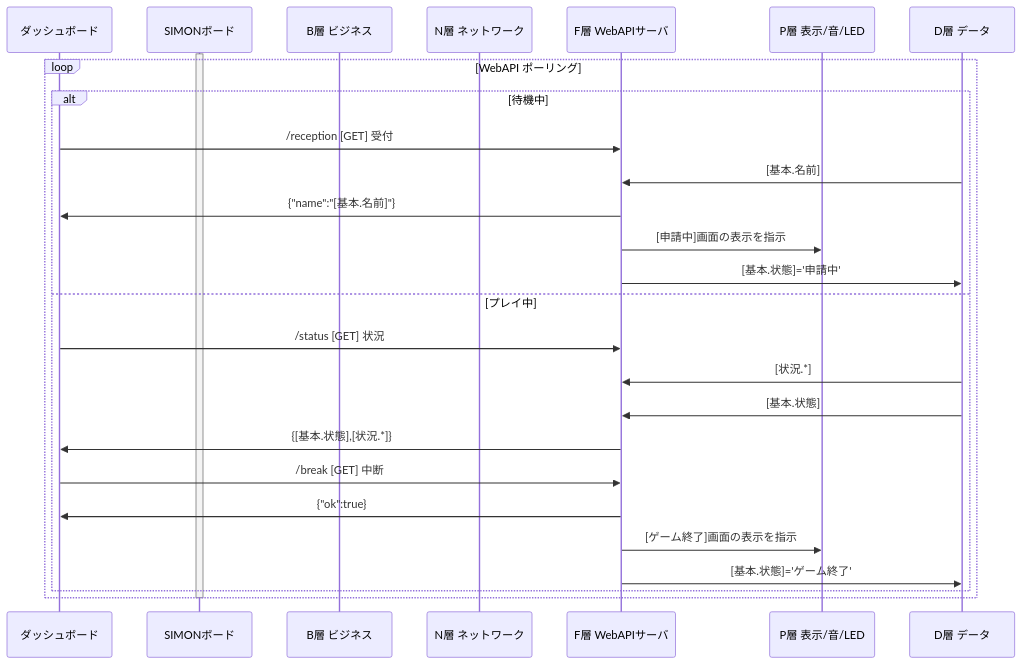
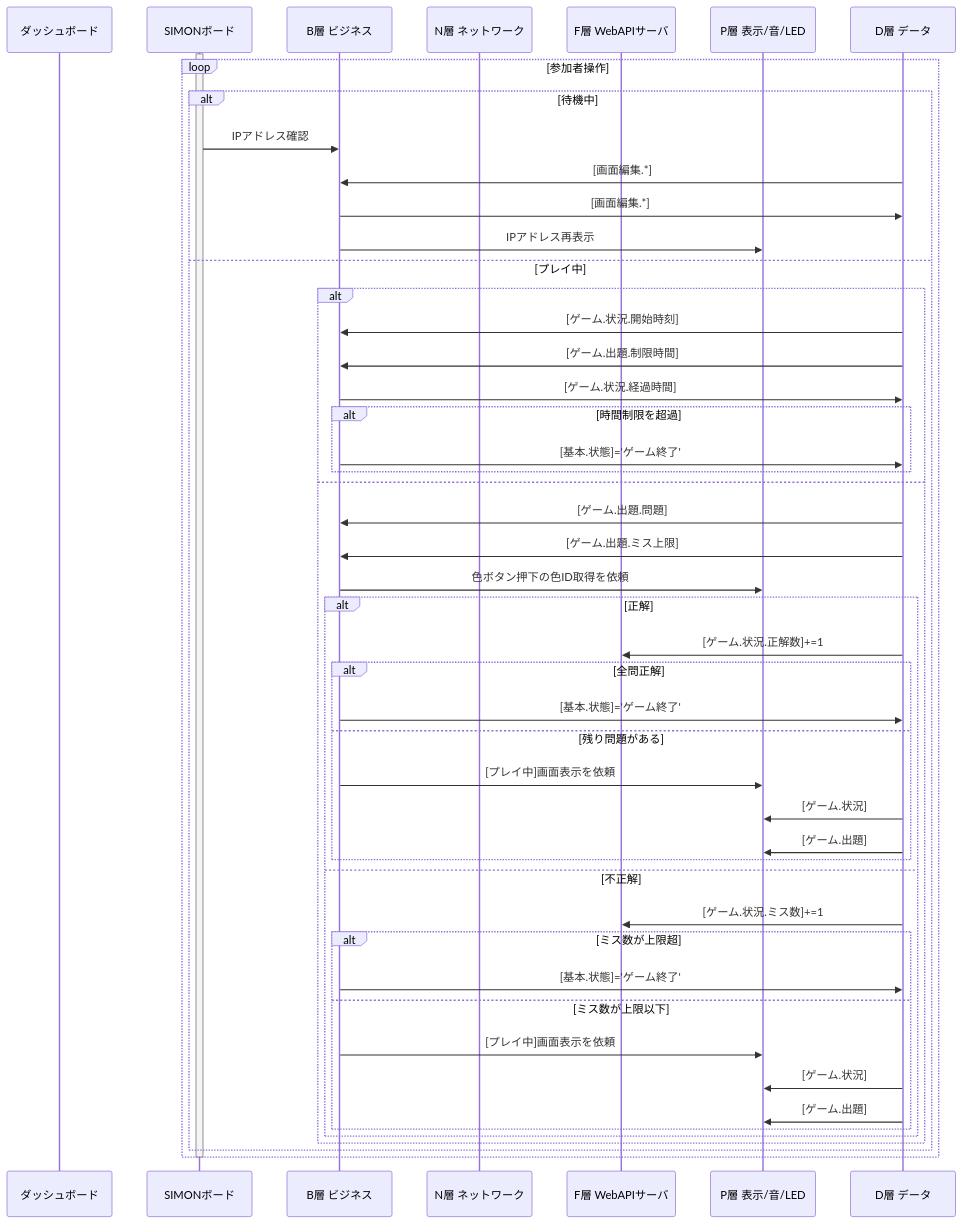
One commit to kureha001/MMP changed the second of 3 diagrams in ゲーム/99_SIMON/README.MD. Above: the diagram before and after it, drawn with Mermaid. The commit also changed other lines of this file, not shown here.

Commit message:
シーケンス図：B層を追加

````diff
--- a/ゲーム/99_SIMON/README.MD
+++ b/ゲーム/99_SIMON/README.MD
@@ -339,35 +340,57 @@
 ```mermaid
 sequenceDiagram
   participant U as ダッシュボード
   participant S as SIMONボード
   participant B as B層 ビジネス
   participant N as N層 ネットワーク
   participant F as F層 WebAPIサーバ
   participant P as P層 表示/音/LED
   participant D as D層 データ
 
   activate S
 
-    loop WebAPI ポーリング
+    loop 参加者操作
         alt 待機中
-            U->>F: /reception [GET] 受付
-                D->>F: [基本.名前]
-            F->>U: {"name":"[基本.名前]"}
-            F->>P: [申請中]画面の表示を指示
-            F->>D: [基本.状態]='申請中'
+            S->>B: IPアドレス確認 
+                D->>B: [画面編集.*]
+                B->>D: [画面編集.*]
+                B->>P: IPアドレス再表示 
 
         else プレイ中
-            U->>F: /status [GET] 状況
-                D->>F: [状況.*]
-                D->>F: [基本.状態]
-            F->>U: {[基本.状態],[状況.*]}
+            alt
+                D->>B: [ゲーム.状況.開始時刻] 
+                D->>B: [ゲーム.出題.制限時間] 
+                B->>D: [ゲーム.状況.経過時間] 
+                alt 時間制限を超過
+                    B->>D: [基本.状態]='ゲーム終了'
+                end
 
-            U->>F: /break [GET] 中断
-            F->>U: {"ok":true}
-            F->>P: [ゲーム終了]画面の表示を指示
-            F->>D: [基本.状態]='ゲーム終了'
+            else
+                D->>B: [ゲーム.出題.問題] 
+                D->>B: [ゲーム.出題.ミス上限] 
+                B->>P: 色ボタン押下の色ID取得を依頼
+                alt 正解
+                    D->>F: [ゲーム.状況.正解数]+=1
+                    alt 全問正解
+                        B->>D: [基本.状態]='ゲーム終了'
+                    else 残り問題がある
+                        B->>P: [プレイ中]画面表示を依頼
+                            D->>P: [ゲーム.状況] 
+                            D->>P: [ゲーム.出題] 
+                    end
+                else 不正解
+                    D->>F: [ゲーム.状況.ミス数]+=1
+                    alt ミス数が上限超
+                        B->>D: [基本.状態]='ゲーム終了'
+                    else ミス数が上限以下
+                        B->>P: [プレイ中]画面表示を依頼
+                            D->>P: [ゲーム.状況] 
+                            D->>P: [ゲーム.出題] 
+                    end
+                end
+            end
         end
     end
 
   deactivate S
 ```
````
